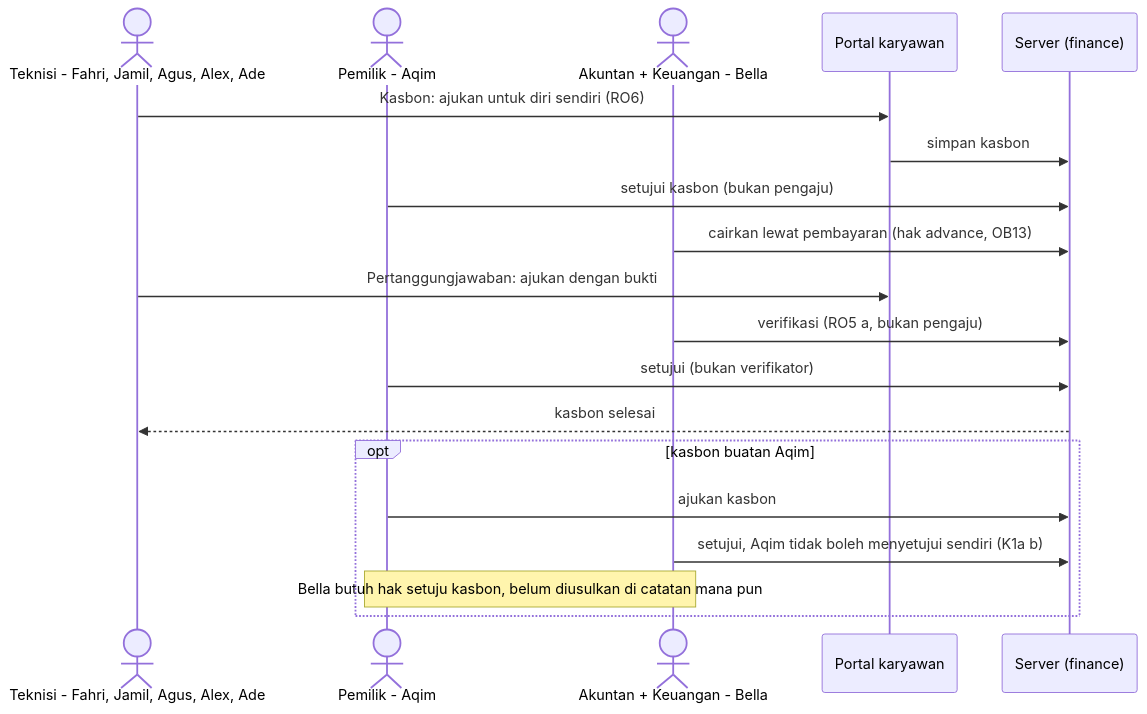
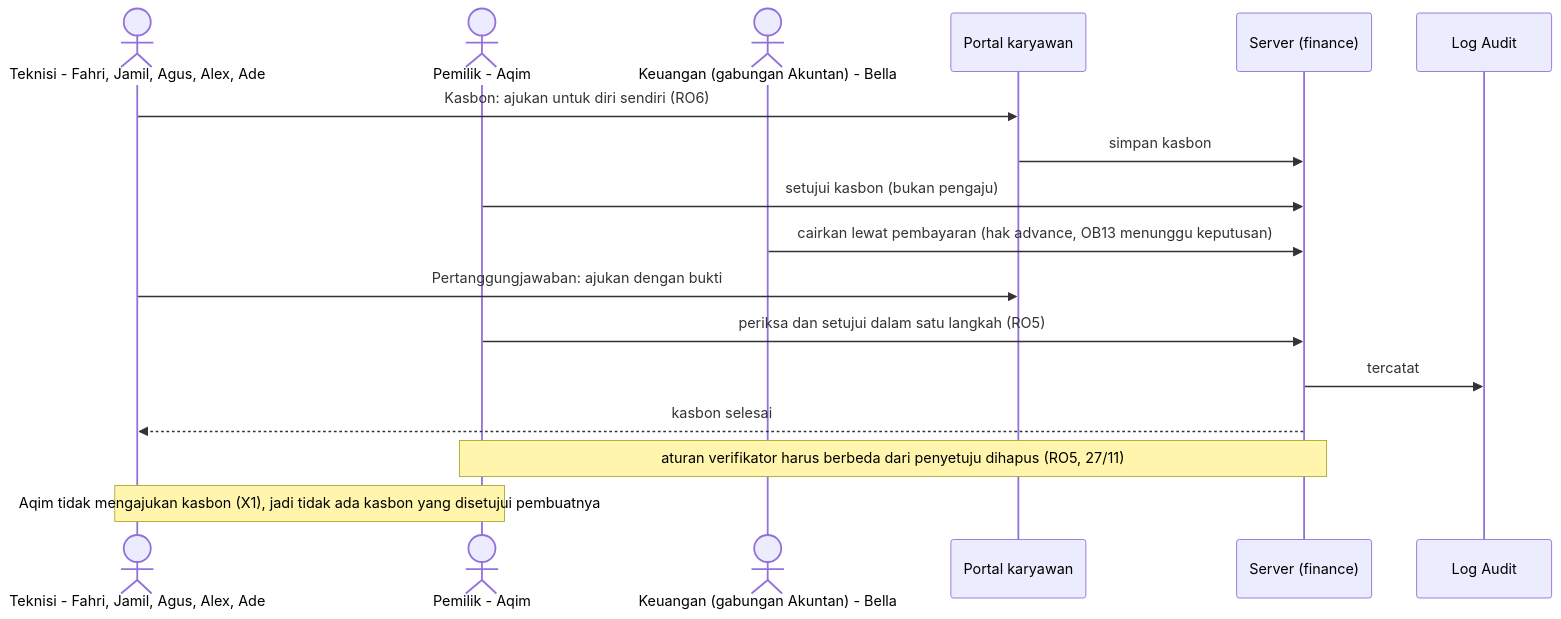
Before and after one commit to okifirsyah404/ims-erp: diagram 18 of 22 in docs/adjustment/diagram-alur/sekarang-vs-sesudah.md, drawn with Mermaid. The commit also changed other lines of this file and 10 other files, not shown here.

````diff
--- a/docs/adjustment/diagram-alur/sekarang-vs-sesudah.md
+++ b/docs/adjustment/diagram-alur/sekarang-vs-sesudah.md
@@ -713,22 +737,20 @@
 ```mermaid
 sequenceDiagram
     actor T as Teknisi - Fahri, Jamil, Agus, Alex, Ade
     actor W as Pemilik - Aqim
-    actor B as Akuntan + Keuangan - Bella
+    actor B as Keuangan (gabungan Akuntan) - Bella
     participant EP as Portal karyawan
     participant FN as Server (finance)
+    participant AU as Log Audit
 
     T->>EP: Kasbon: ajukan untuk diri sendiri (RO6)
     EP->>FN: simpan kasbon
     W->>FN: setujui kasbon (bukan pengaju)
-    B->>FN: cairkan lewat pembayaran (hak advance, OB13)
+    B->>FN: cairkan lewat pembayaran (hak advance, OB13 menunggu keputusan)
     T->>EP: Pertanggungjawaban: ajukan dengan bukti
-    B->>FN: verifikasi (RO5 a, bukan pengaju)
-    W->>FN: setujui (bukan verifikator)
+    W->>FN: periksa dan setujui dalam satu langkah (RO5)
+    FN->>AU: tercatat
     FN-->>T: kasbon selesai
-    opt kasbon buatan Aqim
-        W->>FN: ajukan kasbon
-        B->>FN: setujui, Aqim tidak boleh menyetujui sendiri (K1a b)
-        Note over W,B: Bella butuh hak setuju kasbon, belum diusulkan di catatan mana pun
-    end
+    Note over W,FN: aturan verifikator harus berbeda dari penyetuju dihapus (RO5, 27/11)
+    Note over T,W: Aqim tidak mengajukan kasbon (X1), jadi tidak ada kasbon yang disetujui pembuatnya
 ```
````
